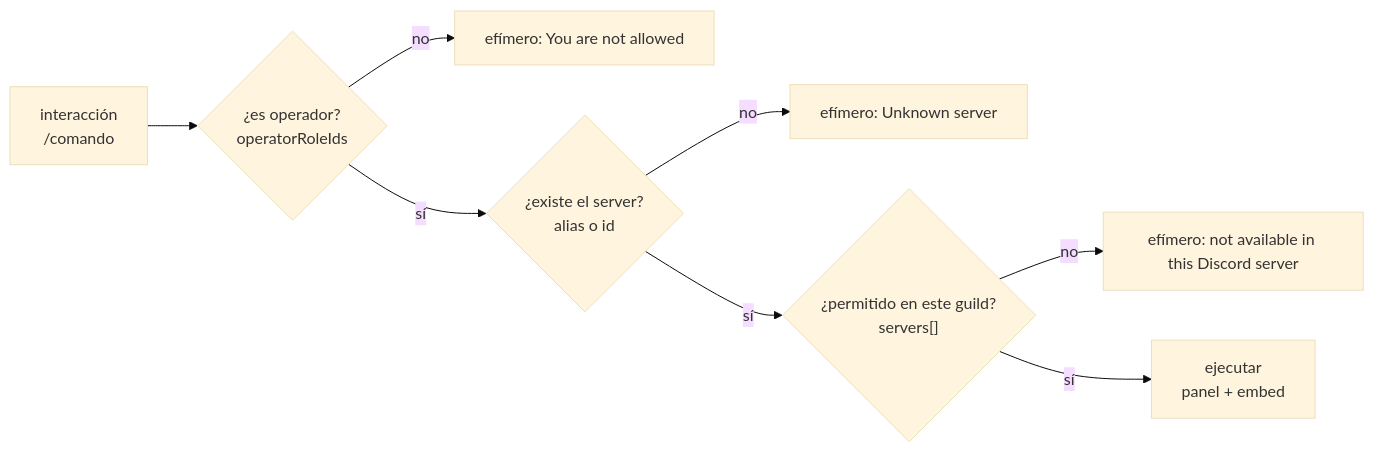
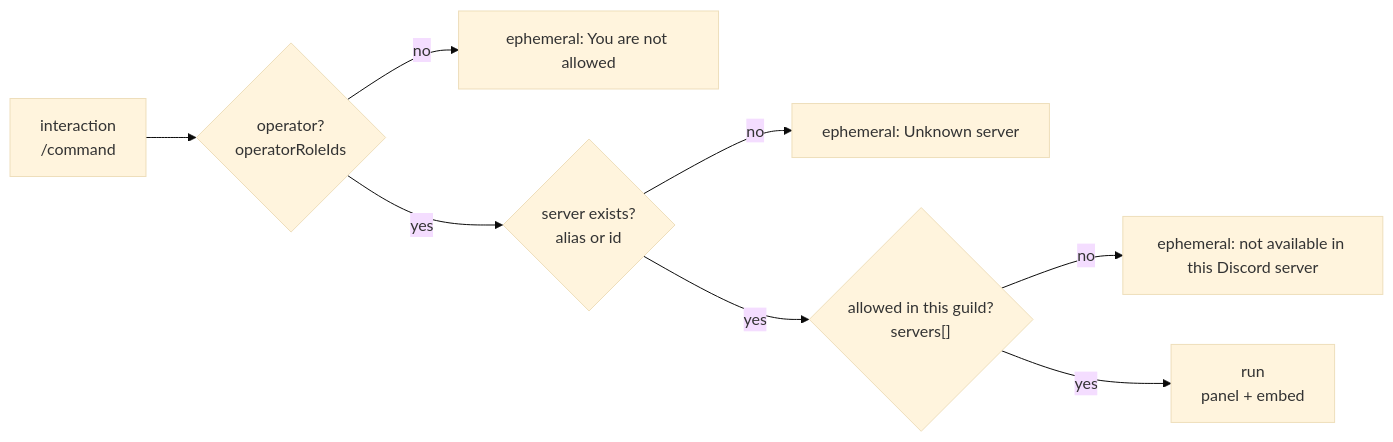
Before and after one commit to neyzerth/gameap-discord: the first of 2 diagrams in docs/commands.md, drawn with Mermaid (base theme). The commit also changed other lines of this file and 37 other files, not shown here.

````diff
--- a/docs/commands.md
+++ b/docs/commands.md
@@ -7,10 +9,10 @@
 ```mermaid
 flowchart LR
-  I["interacción<br/>/comando"] --> G1{"¿es operador?<br/>operatorRoleIds"}
-  G1 -- no --> E1["efímero: You are not allowed"]
-  G1 -- sí --> G2{"¿existe el server?<br/>alias o id"}
-  G2 -- no --> E2["efímero: Unknown server"]
-  G2 -- sí --> G3{"¿permitido en este guild?<br/>servers[]"}
-  G3 -- no --> E3["efímero: not available in this Discord server"]
-  G3 -- sí --> RUN["ejecutar<br/>panel + embed"]
+  I["interaction<br/>/command"] --> G1{"operator?<br/>operatorRoleIds"}
+  G1 -- no --> E1["ephemeral: You are not allowed"]
+  G1 -- yes --> G2{"server exists?<br/>alias or id"}
+  G2 -- no --> E2["ephemeral: Unknown server"]
+  G2 -- yes --> G3{"allowed in this guild?<br/>servers[]"}
+  G3 -- no --> E3["ephemeral: not available in this Discord server"]
+  G3 -- yes --> RUN["run<br/>panel + embed"]
 ```
````
